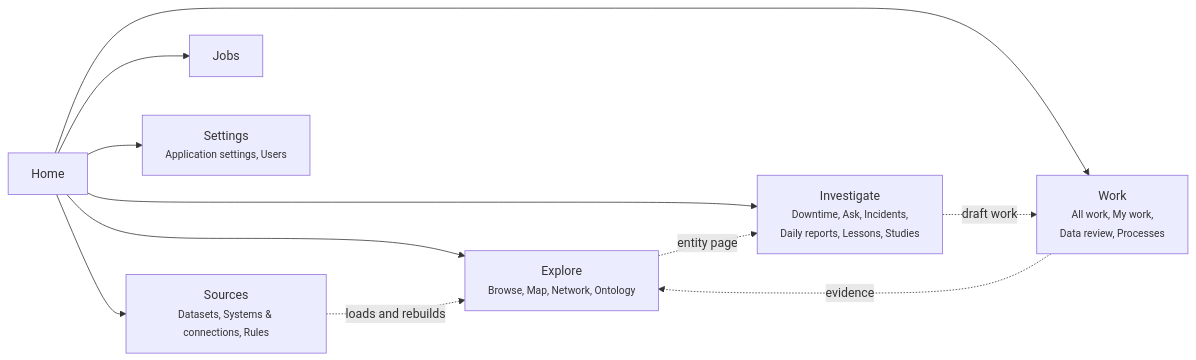
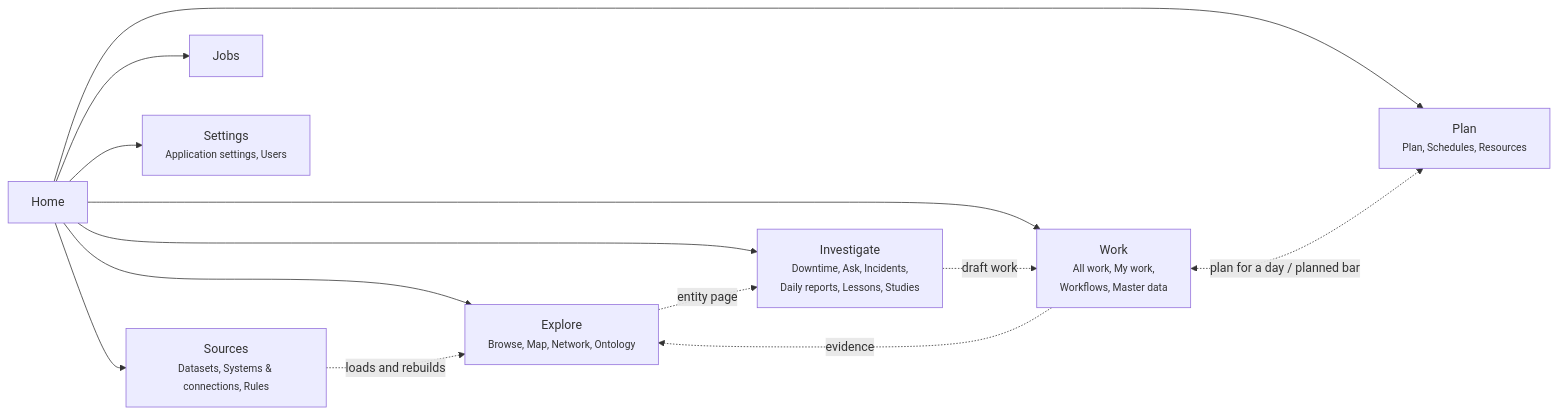
Before and after one commit to areed145/fuzer: the diagram in docs/tour.md, drawn with Mermaid. The commit also changed other lines of this file and 24 other files, not shown here.

First line of the commit message:
Plan is its own menu entry beside Work; Processes become Workflows under Work

````diff
--- a/docs/tour.md
+++ b/docs/tour.md
@@ -13,13 +13,15 @@
 ```mermaid
 flowchart LR
   home["Home"] --> explore["Explore<br><small>Browse, Map, Network, Ontology</small>"]
   home --> investigate["Investigate<br><small>Downtime, Ask, Incidents,<br>Daily reports, Lessons, Studies</small>"]
-  home --> work["Work<br><small>All work, My work,<br>Data review, Processes</small>"]
+  home --> work["Work<br><small>All work, My work,<br>Workflows, Master data</small>"]
+  home --> plan["Plan<br><small>Plan, Schedules, Resources</small>"]
+  work <-.->|plan for a day / planned bar| plan
   home --> sources["Sources<br><small>Datasets, Systems & connections, Rules</small>"]
   home --> jobs["Jobs"]
   home --> settings["Settings<br><small>Application settings, Users</small>"]
   explore -.->|entity page| investigate
   investigate -.->|draft work| work
   work -.->|evidence| explore
   sources -.->|loads and rebuilds| explore
 ```
````
